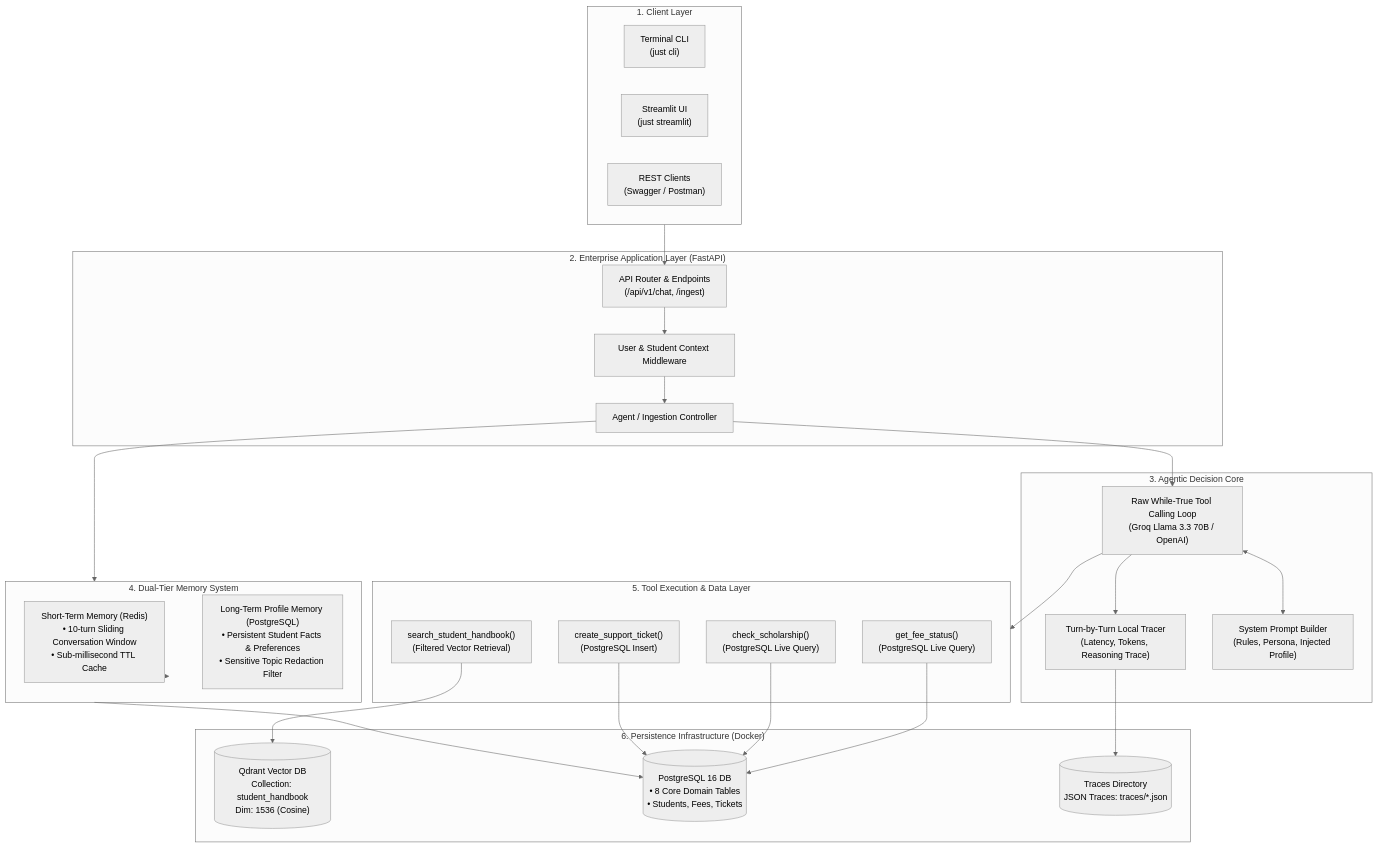
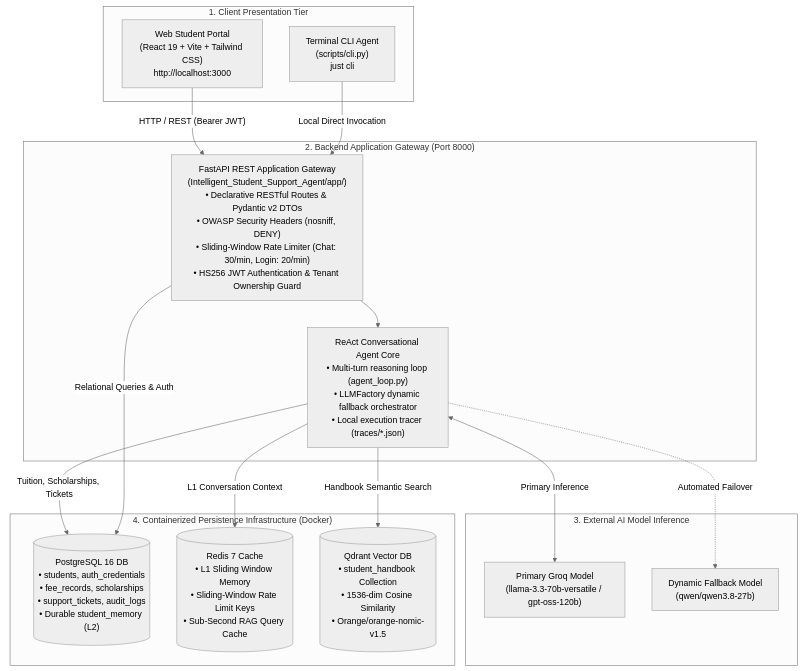
Before and after one commit to nakul-cloud/Intelligent_Student_Support_Agent: the first of 2 diagrams in README.md, drawn with Mermaid (neutral theme). The commit also changed other lines of this file and 16 other files, not shown here.

````diff
--- a/README.md
+++ b/README.md
@@ -32,55 +34,36 @@
 ```mermaid
-flowchart TB
-    subgraph Clients["1. Client Layer"]
-        CLI["Terminal CLI\n(just cli)"]
-        UI["Streamlit UI\n(just streamlit)"]
-        API_Client["REST Clients\n(Swagger / Postman)"]
+flowchart TD
+    subgraph ClientLayer["1. Client Presentation Tier"]
+        Portal["Web Student Portal<br/>(React 19 + Vite + Tailwind CSS)<br/>http://localhost:3000"]
+        TerminalCLI["Terminal CLI Agent<br/>(scripts/cli.py)<br/>just cli"]
     end
 
-    subgraph Backend["2. Enterprise Application Layer (FastAPI)"]
-        Routes["API Router & Endpoints\n(/api/v1/chat, /ingest)"]
-        Controller["Agent / Ingestion Controller"]
-        AuthMiddleware["User & Student Context Middleware"]
+    subgraph GatewayLayer["2. Backend Application Gateway (Port 8000)"]
+        FastAPI["FastAPI REST Application Gateway<br/>(Intelligent_Student_Support_Agent/app/)<br/>• Declarative RESTful Routes & Pydantic v2 DTOs<br/>• OWASP Security Headers (nosniff, DENY)<br/>• Sliding-Window Rate Limiter (Chat: 30/min, Login: 20/min)<br/>• HS256 JWT Authentication & Tenant Ownership Guard"]
+        
+        AgentCore["ReAct Conversational Agent Core<br/>• Multi-turn reasoning loop (agent_loop.py)<br/>• LLMFactory dynamic fallback orchestrator<br/>• Local execution tracer (traces/*.json)"]
     end
 
-    subgraph AgentCore["3. Agentic Decision Core"]
-        AgentLoop["Raw While-True Tool Calling Loop\n(Groq Llama 3.3 70B / OpenAI)"]
-        Tracer["Turn-by-Turn Local Tracer\n(Latency, Tokens, Reasoning Trace)"]
-        PromptBuilder["System Prompt Builder\n(Rules, Persona, Injected Profile)"]
+    subgraph CloudAI["3. External AI Model Inference"]
+        GroqPrimary["Primary Groq Model<br/>(llama-3.3-70b-versatile / gpt-oss-120b)"]
+        GroqFallback["Dynamic Fallback Model<br/>(qwen/qwen3.8-27b)"]
     end
 
-    subgraph MemoryTier["4. Dual-Tier Memory System"]
-        RedisMem["Short-Term Memory (Redis)\n• 10-turn Sliding Conversation Window\n• Sub-millisecond TTL Cache"]
-        PostgresMem["Long-Term Profile Memory (PostgreSQL)\n• Persistent Student Facts & Preferences\n• Sensitive Topic Redaction Filter"]
+    subgraph DataLayer["4. Containerized Persistence Infrastructure (Docker)"]
+        Postgres[("PostgreSQL 16 DB<br/>• students, auth_credentials<br/>• fee_records, scholarships<br/>• support_tickets, audit_logs<br/>• Durable student_memory (L2)")]
+        Redis[("Redis 7 Cache<br/>• L1 Sliding Window Memory<br/>• Sliding-Window Rate Limit Keys<br/>• Sub-Second RAG Query Cache")]
+        Qdrant[("Qdrant Vector DB<br/>• student_handbook Collection<br/>• 1536-dim Cosine Similarity<br/>• Orange/orange-nomic-v1.5")]
     end
 
-    subgraph ToolSuite["5. Tool Execution & Data Layer"]
-        RAGTool["search_student_handbook()\n(Filtered Vector Retrieval)"]
-        FeeTool["get_fee_status()\n(PostgreSQL Live Query)"]
-        ScholarshipTool["check_scholarship()\n(PostgreSQL Live Query)"]
-        TicketTool["create_support_ticket()\n(PostgreSQL Insert)"]
-    end
+    Portal -->|"HTTP / REST (Bearer JWT)"| FastAPI
+    TerminalCLI -->|"Local Direct Invocation"| FastAPI
+    FastAPI --> AgentCore
 
-    subgraph Storage["6. Persistence Infrastructure (Docker)"]
-        QdrantDB[("Qdrant Vector DB\nCollection: student_handbook\nDim: 1536 (Cosine)")]
-        PostgresDB[("PostgreSQL 16 DB\n• 8 Core Domain Tables\n• Students, Fees, Tickets")]
-        TraceDisk[("Traces Directory\nJSON Traces: traces/*.json")]
-    end
+    AgentCore <-->|"Primary Inference"| GroqPrimary
+    AgentCore -.->|"Automated Failover"| GroqFallback
 
-    Clients --> Routes
-    Routes --> AuthMiddleware
-    AuthMiddleware --> Controller
-    Controller --> MemoryTier
-    Controller --> AgentLoop
-    AgentLoop <--> PromptBuilder
-    AgentLoop --> Tracer
-    Tracer --> TraceDisk
-
-    AgentLoop --> ToolSuite
-    RAGTool --> QdrantDB
-    FeeTool --> PostgresDB
-    ScholarshipTool --> PostgresDB
-    TicketTool --> PostgresDB
-    MemoryTier --> RedisMem
-    MemoryTier --> PostgresDB
+    AgentCore -->|"Tuition, Scholarships, Tickets"| Postgres
+    AgentCore -->|"L1 Conversation Context"| Redis
+    AgentCore -->|"Handbook Semantic Search"| Qdrant
+    FastAPI -->|"Relational Queries & Auth"| Postgres
 ```
````
